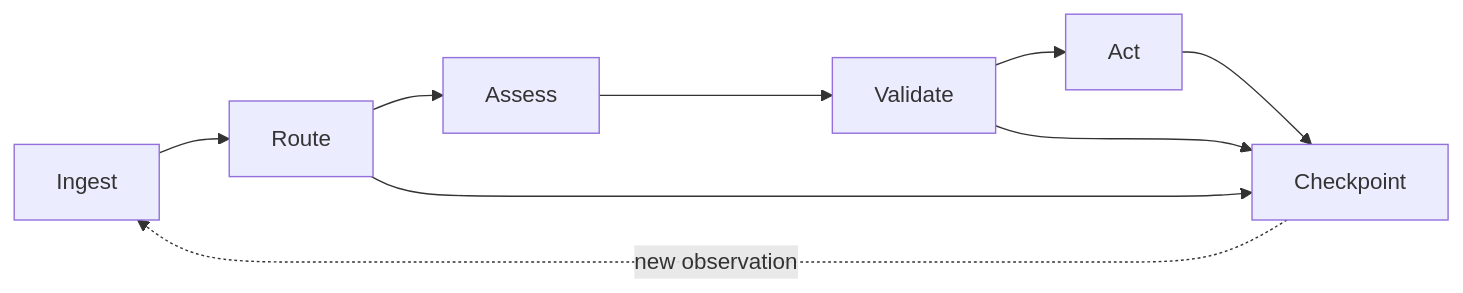
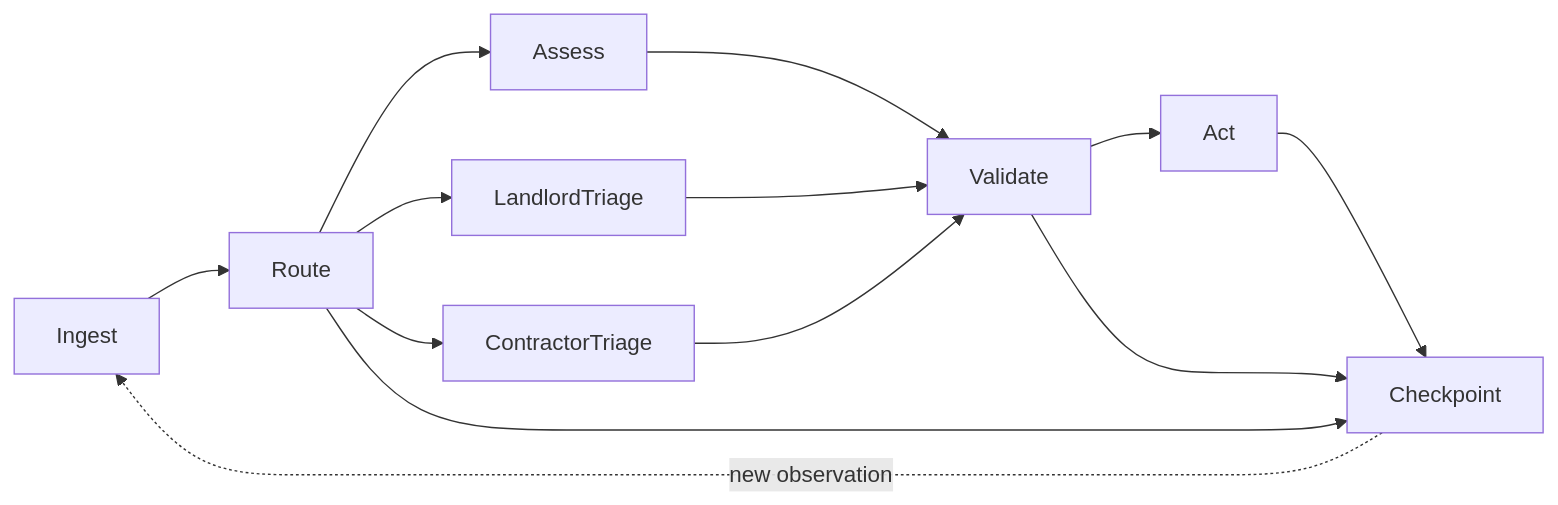
The diagram in README.md (JackBakerLabs/dwelly), drawn with Mermaid before and after one commit. The commit also changed other lines of this file and 16 other files, not shown here.

````diff
--- a/README.md
+++ b/README.md
@@ -41,11 +41,15 @@
 ```mermaid
 flowchart LR
   Ingest --> Route
   Route --> Assess
+  Route --> LandlordTriage
+  Route --> ContractorTriage
   Assess --> Validate
+  LandlordTriage --> Validate
+  ContractorTriage --> Validate
   Validate --> Act
   Act --> Checkpoint
   Route --> Checkpoint
   Validate --> Checkpoint
   Checkpoint -. new observation .-> Ingest
 ```
````
